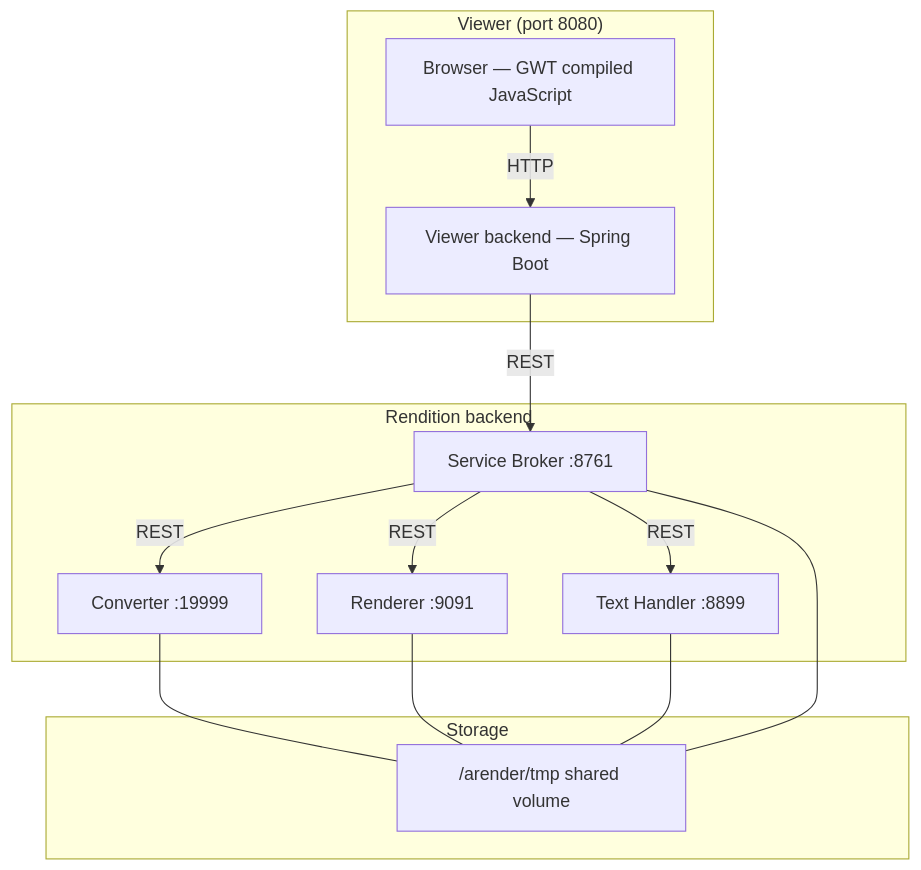
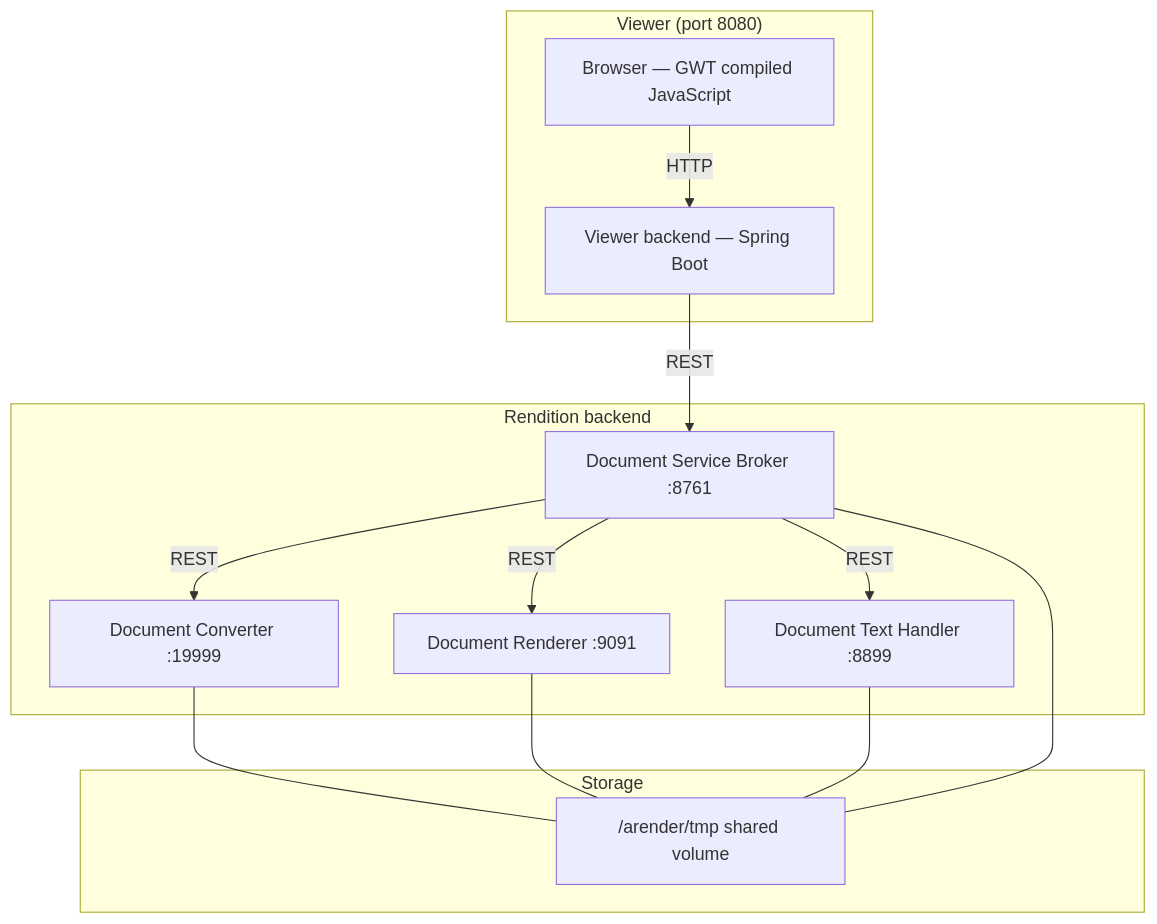
One commit to Uxopian/uxodocs changed the first of 3 diagrams in docs/arender/overview/architecture.classic.md. Above: the diagram before and after it, drawn with Mermaid. The commit also changed other lines of this file and 34 other files, not shown here.

````diff
--- a/docs/arender/overview/architecture.classic.md
+++ b/docs/arender/overview/architecture.classic.md
@@ -17,20 +17,20 @@
 ```mermaid
 graph TB
     subgraph "Viewer (port 8080)"
         Browser["Browser — GWT compiled JavaScript"]
         VB["Viewer backend — Spring Boot"]
         Browser -->|HTTP| VB
     end
     subgraph "Rendition backend"
-        VB -->|REST| SB[Service Broker :8761]
-        SB -->|REST| DC[Converter :19999]
-        SB -->|REST| DR[Renderer :9091]
-        SB -->|REST| DT[Text Handler :8899]
+        VB -->|REST| SB[Document Service Broker :8761]
+        SB -->|REST| DC[Document Converter :19999]
+        SB -->|REST| DR[Document Renderer :9091]
+        SB -->|REST| DT[Document Text Handler :8899]
     end
     subgraph Storage
         DC --- TMP["/arender/tmp shared volume"]
         DR --- TMP
         DT --- TMP
         SB --- TMP
     end
 ```
````
